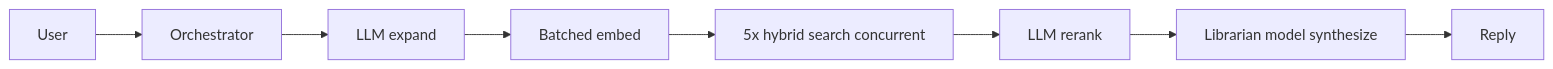
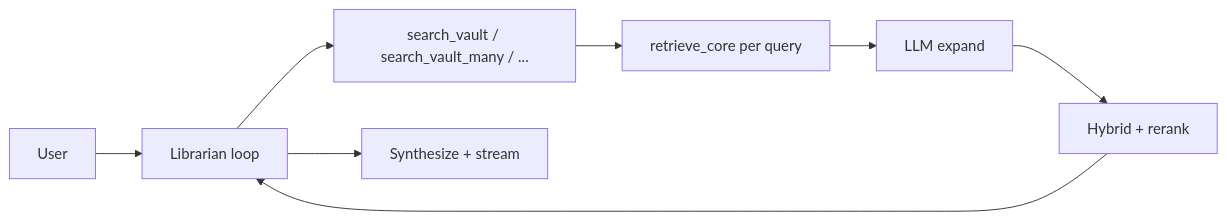
One commit to ethan-frost-xyz/founders-notes changed the diagram in docs/telegram-vault-agent.md. Above: the diagram before and after it, drawn with Mermaid. The commit also changed other lines of this file and 23 other files, not shown here.

````diff
--- a/docs/telegram-vault-agent.md
+++ b/docs/telegram-vault-agent.md
@@ -27,10 +27,10 @@
 ```mermaid
 flowchart LR
-  User --> Orchestrator
-  Orchestrator --> Expand[LLM expand]
-  Expand --> Embed[Batched embed]
-  Embed --> SearchParallel["5x hybrid search concurrent"]
-  SearchParallel --> Rerank[LLM rerank]
-  Rerank --> Synth[Librarian model synthesize]
-  Synth --> Reply
+  User --> Agent[Librarian loop]
+  Agent --> Tools[search_vault / search_vault_many / ...]
+  Tools --> Core[retrieve_core per query]
+  Core --> Expand[LLM expand]
+  Expand --> Search[Hybrid + rerank]
+  Search --> Agent
+  Agent --> Reply[Synthesize + stream]
 ```
````
